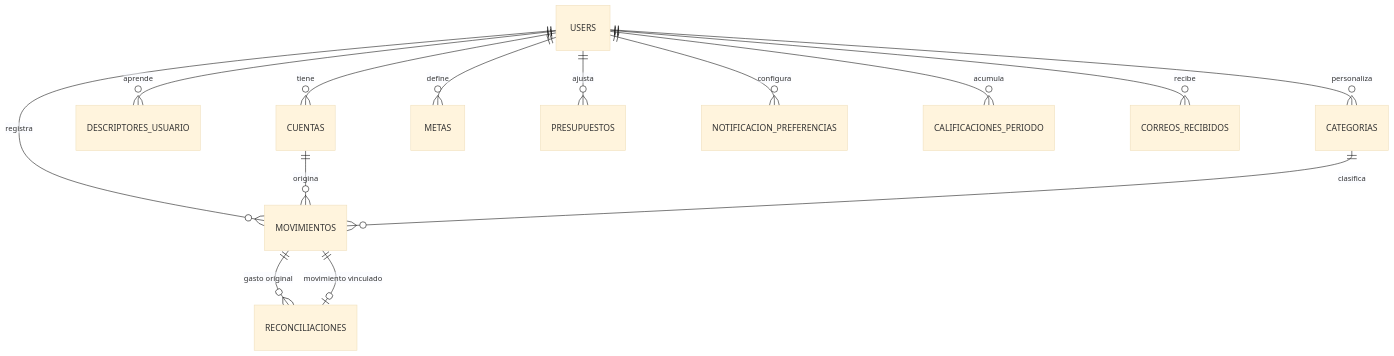
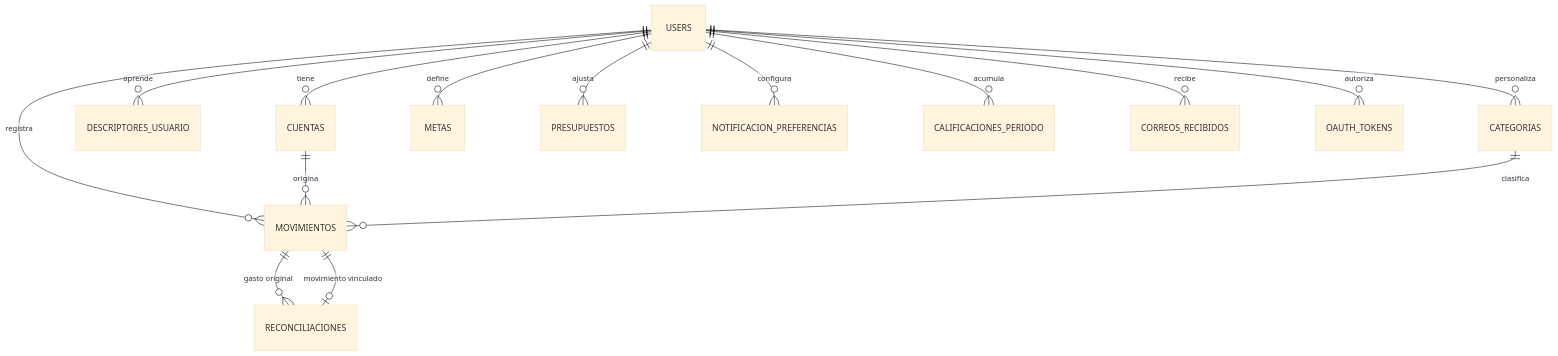
The diagram in docs/db-schema.md (zantefilms/CacaoOS), drawn with Mermaid (base theme) before and after one commit. The commit also changed other lines of this file and 3 other files, not shown here.

````diff
--- a/docs/db-schema.md
+++ b/docs/db-schema.md
@@ -30,16 +30,17 @@
 ```mermaid
 erDiagram
     USERS ||--o{ CUENTAS : tiene
     USERS ||--o{ MOVIMIENTOS : registra
     USERS ||--o{ DESCRIPTORES_USUARIO : aprende
     USERS ||--o{ CATEGORIAS : personaliza
     USERS ||--o{ METAS : define
     USERS ||--o{ PRESUPUESTOS : ajusta
     USERS ||--o{ NOTIFICACION_PREFERENCIAS : configura
     USERS ||--o{ CALIFICACIONES_PERIODO : acumula
     USERS ||--o{ CORREOS_RECIBIDOS : recibe
+    USERS ||--o{ OAUTH_TOKENS : autoriza
     CUENTAS ||--o{ MOVIMIENTOS : origina
     CATEGORIAS ||--o{ MOVIMIENTOS : clasifica
     MOVIMIENTOS ||--o{ RECONCILIACIONES : "gasto original"
     MOVIMIENTOS ||--o| RECONCILIACIONES : "movimiento vinculado"
 ```
````
